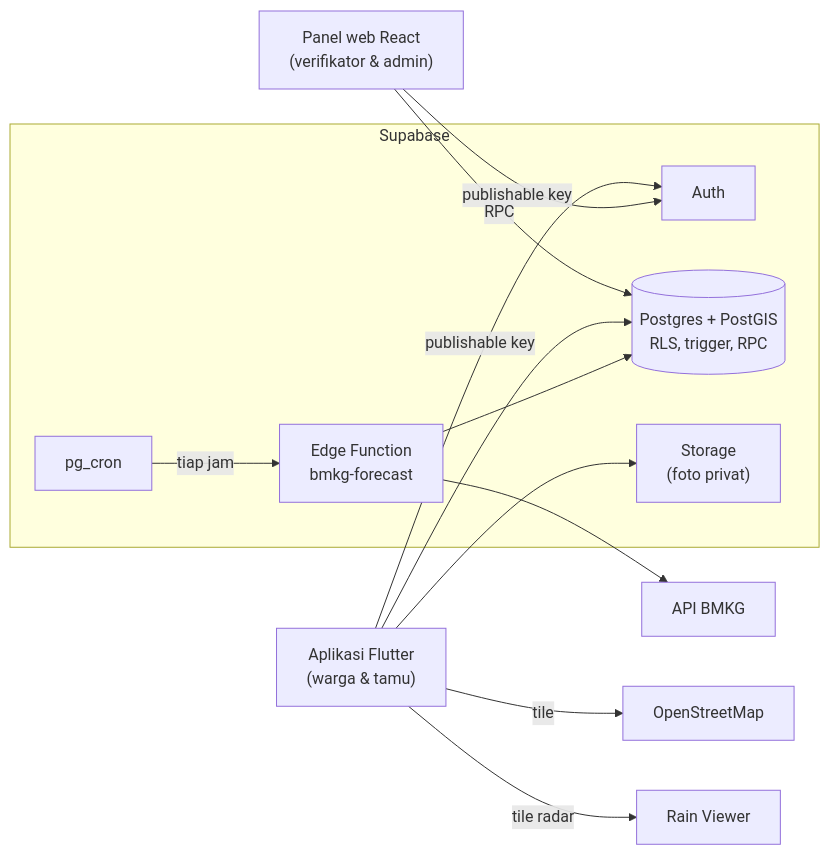
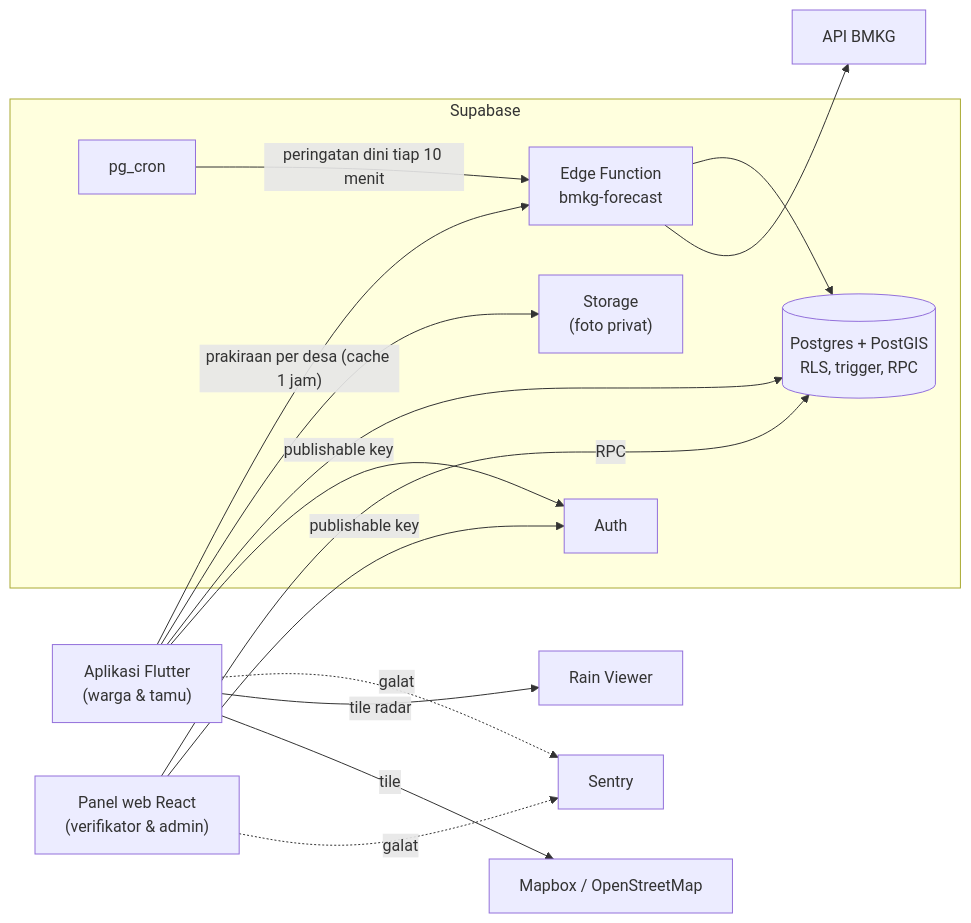
The diagram in README.md (Nuzzy32/Rivora), drawn with Mermaid before and after one commit. The commit also changed other lines of this file and 1 other file, not shown here.

Commit message:
README: cakupan se-Indonesia, moderasi, build rilis, sumber data OSM

````diff
--- a/README.md
+++ b/README.md
@@ -46,22 +49,25 @@
 ```mermaid
 flowchart LR
     App["Aplikasi Flutter<br/>(warga & tamu)"]
     Web["Panel web React<br/>(verifikator & admin)"]
     subgraph Supabase
         Auth[Auth]
         DB[("Postgres + PostGIS<br/>RLS, trigger, RPC")]
         Storage["Storage<br/>(foto privat)"]
         Fn["Edge Function<br/>bmkg-forecast"]
         Cron[pg_cron]
     end
     App -- "publishable key" --> Auth
     Web -- "publishable key" --> Auth
     Web -- RPC --> DB
     App --> DB
     App --> Storage
-    Cron -- "tiap jam" --> Fn
+    App -- "prakiraan per desa (cache 1 jam)" --> Fn
+    Cron -- "peringatan dini tiap 10 menit" --> Fn
     Fn --> BMKG[API BMKG]
     Fn --> DB
-    App -- tile --> OSM[OpenStreetMap]
+    App -- tile --> MB[Mapbox / OpenStreetMap]
     App -- "tile radar" --> RV[Rain Viewer]
+    App -. galat .-> Sentry
+    Web -. galat .-> Sentry
 ```
````
